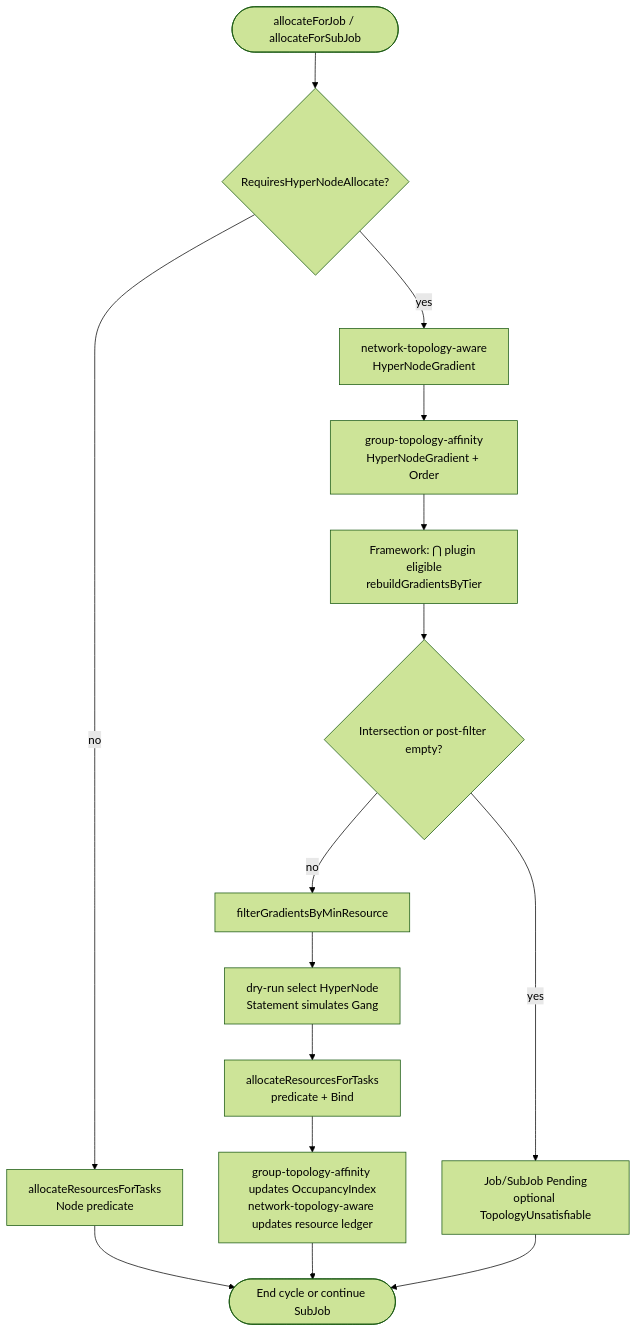
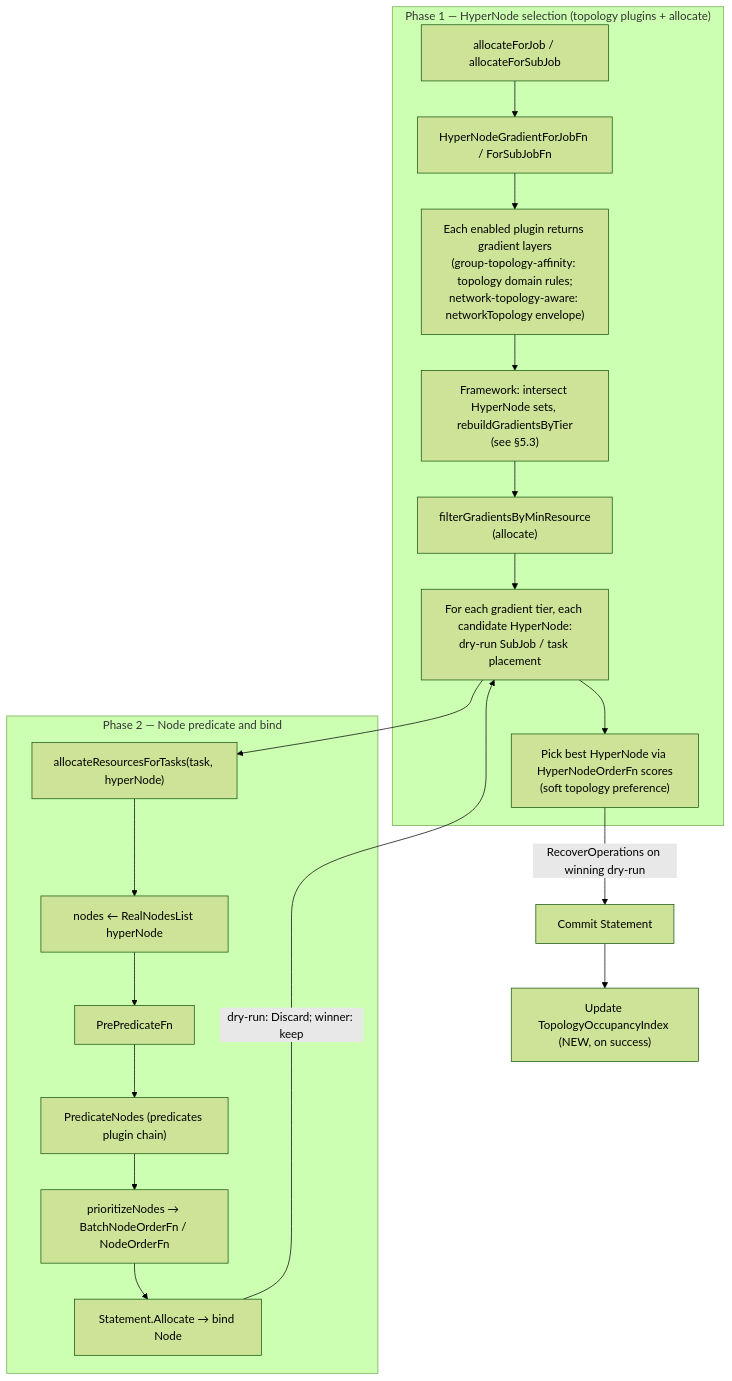
One commit to volcano-sh/volcano changed the eighth of 8 diagrams in docs/design/group-topology-affinity.md. Above: the diagram before and after it, drawn with Mermaid (forest theme). The commit also changed other lines of this file and 1 other file, not shown here.

First line of the commit message:
docs: refine group-topology-affinity design for formal review

````diff
--- a/docs/design/group-topology-affinity.md
+++ b/docs/design/group-topology-affinity.md
@@ -1934,17 +807,28 @@
 ```mermaid
 flowchart TB
-    allocate_entry([allocateForJob / allocateForSubJob]) --> requires_hypernode{RequiresHyperNodeAllocate?}
-    requires_hypernode -->|no| node_allocate_path[allocateResourcesForTasks<br/>Node predicate]
-    requires_hypernode -->|yes| network_topology_aware_grad["network-topology-aware<br/>HyperNodeGradient"]
-    network_topology_aware_grad --> group_topology_affinity_grad["group-topology-affinity<br/>HyperNodeGradient + Order"]
-    group_topology_affinity_grad --> framework_intersect["Framework: ⋂ plugin eligible<br/>rebuildGradientsByTier"]
-    framework_intersect --> gradients_empty{Intersection or post-filter empty?}
-    gradients_empty -->|yes| job_pending[Job/SubJob Pending<br/>optional TopologyUnsatisfiable]
-    gradients_empty -->|no| resource_filter[filterGradientsByMinResource]
-    resource_filter --> dry_run[dry-run select HyperNode<br/>Statement simulates Gang]
-    dry_run --> bind_pods[allocateResourcesForTasks<br/>predicate + Bind]
-    bind_pods --> update_state["group-topology-affinity updates OccupancyIndex<br/>network-topology-aware updates resource ledger"]
-    node_allocate_path --> allocate_done([End cycle or continue SubJob])
-    update_state --> allocate_done
-    job_pending --> allocate_done
+    subgraph hyper["Phase 1 — HyperNode selection (topology plugins + allocate)"]
+        H0[allocateForJob / allocateForSubJob]
+        H1["HyperNodeGradientForJobFn / ForSubJobFn"]
+        H2["Each enabled plugin returns gradient layers<br/>(group-topology-affinity: topology domain rules;<br/>network-topology-aware: networkTopology envelope)"]
+        H3["Framework: intersect HyperNode sets, rebuildGradientsByTier<br/>(see §5.3)"]
+        H3R["filterGradientsByMinResource<br/>(allocate)"]
+        H4["For each gradient tier, each candidate HyperNode:<br/>dry-run SubJob / task placement"]
+        H5["Pick best HyperNode via HyperNodeOrderFn scores<br/>(soft topology preference)"]
+        H0 --> H1 --> H2 --> H3 --> H3R --> H4 --> H5
+    end
+
+    subgraph node["Phase 2 — Node predicate and bind"]
+        N0["allocateResourcesForTasks(task, hyperNode)"]
+        N1["nodes ← RealNodesList hyperNode"]
+        N2[PrePredicateFn]
+        N3["PredicateNodes (predicates plugin chain)"]
+        N4["prioritizeNodes → BatchNodeOrderFn / NodeOrderFn"]
+        N5["Statement.Allocate → bind Node"]
+        N0 --> N1 --> N2 --> N3 --> N4 --> N5
+    end
+
+    H4 --> N0
+    H5 -->|"RecoverOperations on winning dry-run"| COMMIT[Commit Statement]
+    N5 -->|"dry-run: Discard; winner: keep"| H4
+    COMMIT --> IDX["Update TopologyOccupancyIndex (NEW, on success)"]
 ```
````
